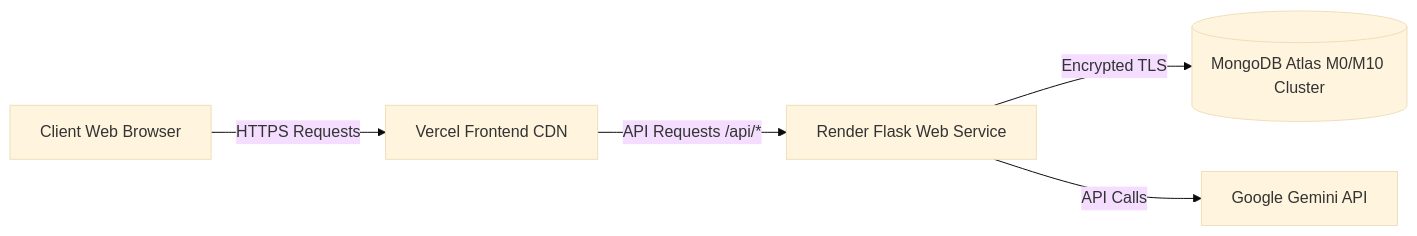
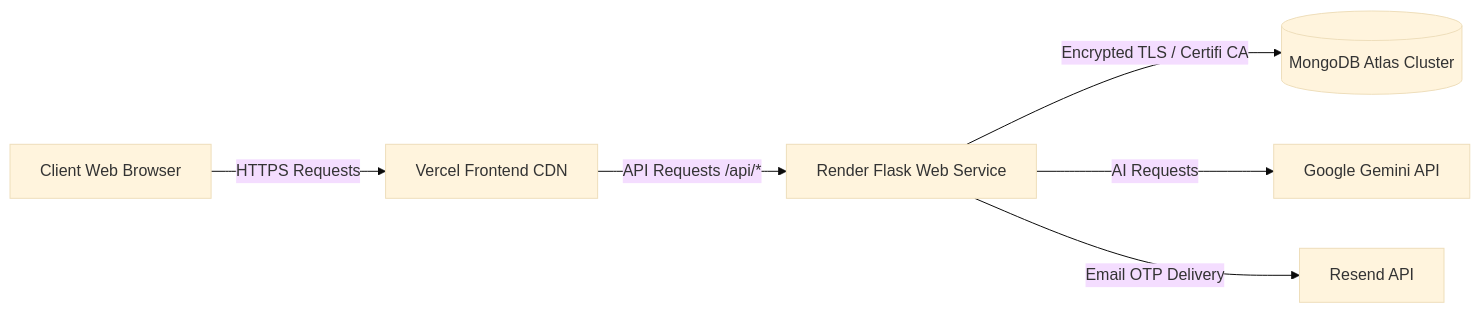
One commit to uttam-kalsariya/AI-Powered-Social-Media-Platform changed the diagram in docs/DEPLOYMENT.md. Above: the diagram before and after it, drawn with Mermaid (base theme). The commit also changed other lines of this file and 3 other files, not shown here.

Commit message:
docs: update README, development roadmap, deployment guide, and changelog for v2.1.0

````diff
--- a/docs/DEPLOYMENT.md
+++ b/docs/DEPLOYMENT.md
@@ -19,7 +20,8 @@
 ```mermaid
 graph LR
     Browser[Client Web Browser] -->|HTTPS Requests| Vercel[Vercel Frontend CDN]
     Vercel -->|API Requests /api/*| Render[Render Flask Web Service]
-    Render -->|Encrypted TLS| Atlas[(MongoDB Atlas M0/M10 Cluster)]
-    Render -->|API Calls| Gemini[Google Gemini API]
+    Render -->|Encrypted TLS / Certifi CA| Atlas[(MongoDB Atlas Cluster)]
+    Render -->|AI Requests| Gemini[Google Gemini API]
+    Render -->|Email OTP Delivery| Resend[Resend API]
 ```
````
